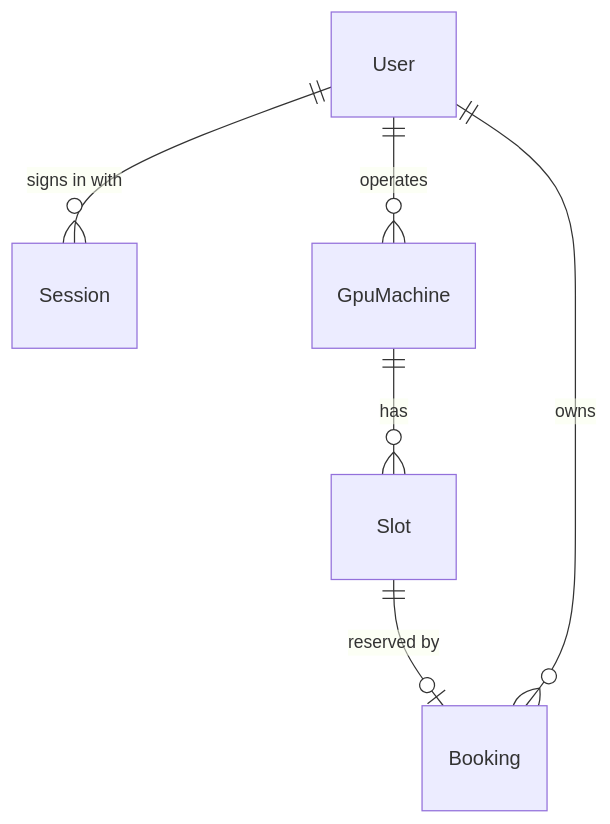
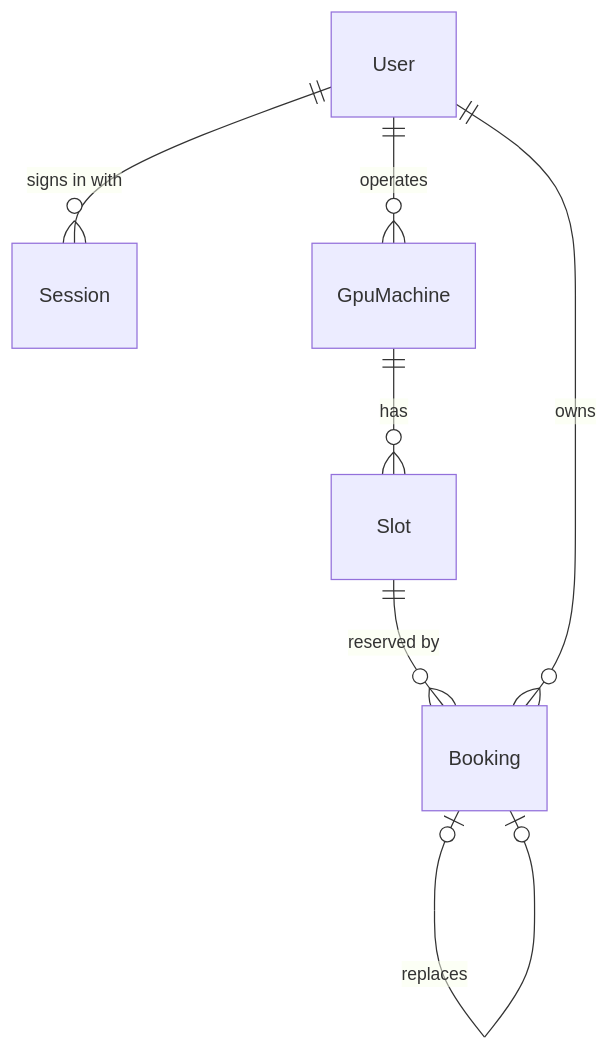
One commit to Kawi-HBLI/NutGPUHub changed the diagram in docs/system-sds.md. Above: the diagram before and after it, drawn with Mermaid. The commit also changed other lines of this file and 4 other files, not shown here.

````diff
--- a/docs/system-sds.md
+++ b/docs/system-sds.md
@@ -9,8 +9,9 @@
 ```mermaid
 erDiagram
     User ||--o{ Session : "signs in with"
     User ||--o{ GpuMachine : "operates"
     GpuMachine ||--o{ Slot : "has"
-    Slot ||--o| Booking : "reserved by"
+    Slot ||--o{ Booking : "reserved by"
     User ||--o{ Booking : "owns"
+    Booking |o--o| Booking : "replaces"
 ```
````
